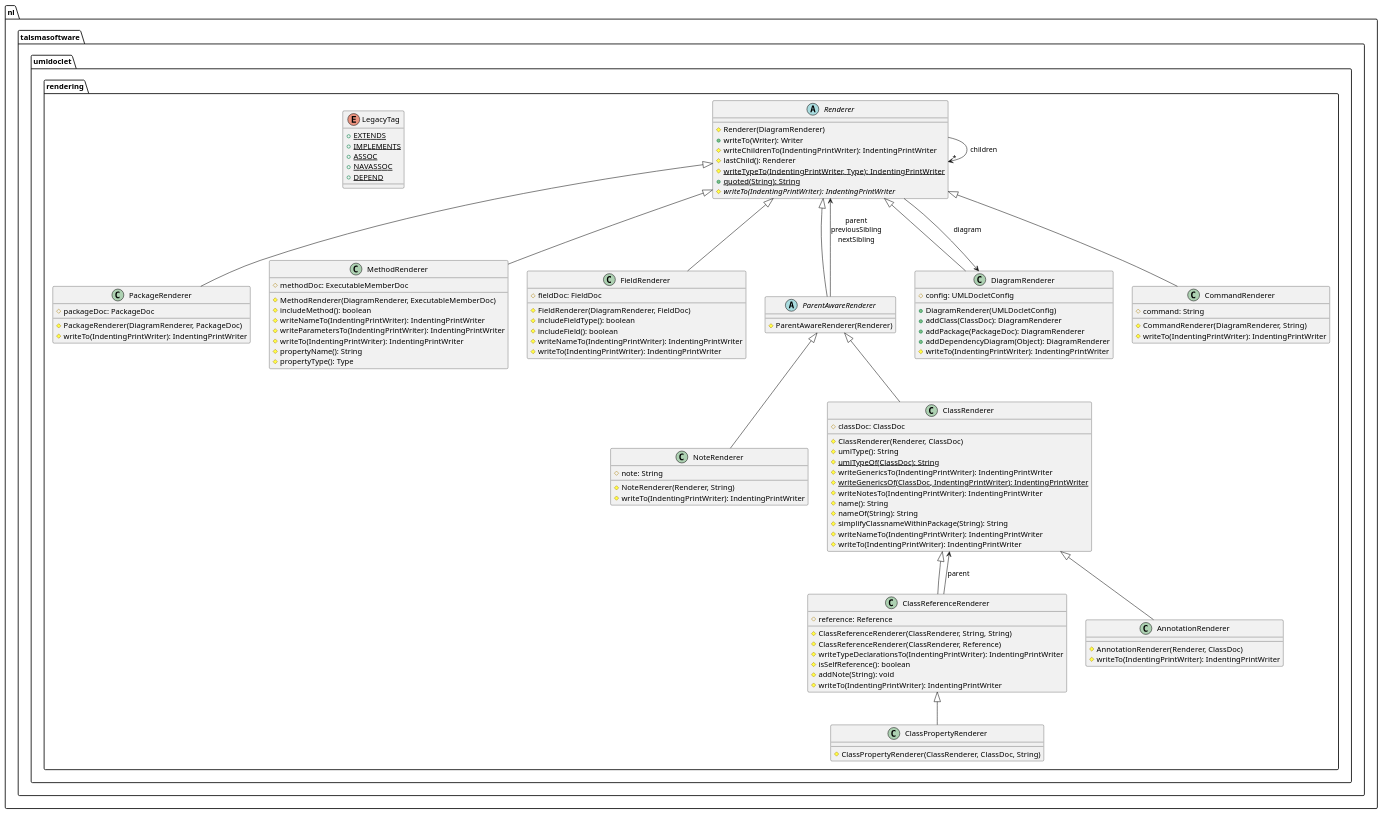
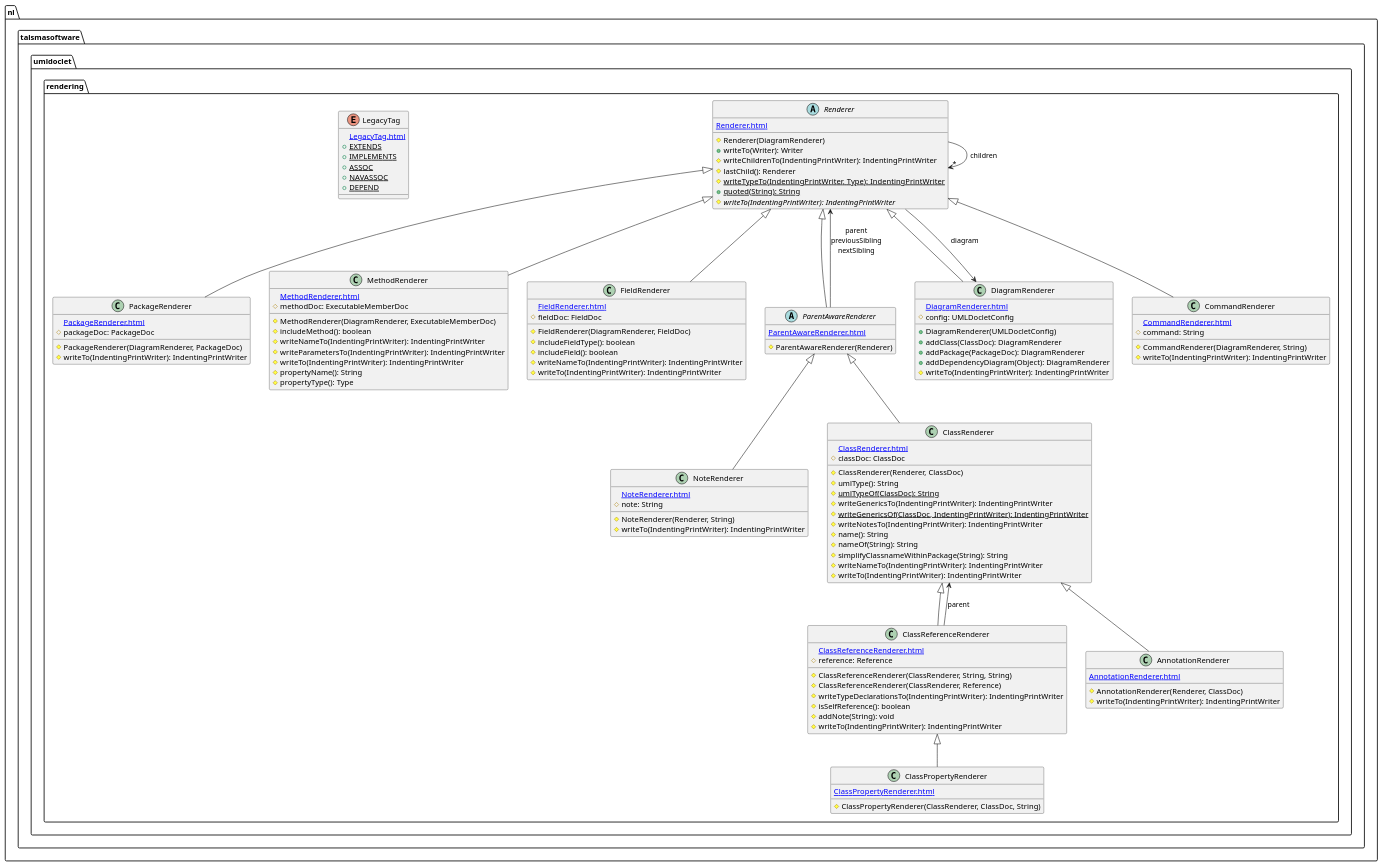
Before and after one commit to talsma-ict/umldoclet: the diagram in example/rendering-package.puml, drawn with PlantUML. The commit also changed 1 other file, not shown here.

```diff
--- a/example/rendering-package.puml
+++ b/example/rendering-package.puml
@@ -1,140 +1,153 @@
 @startuml
 
     namespace nl.talsmasoftware.umldoclet.rendering {
 
         abstract class Renderer {
+            [[Renderer.html]]
             #Renderer(DiagramRenderer)
             +writeTo(Writer): Writer
             #writeChildrenTo(IndentingPrintWriter): IndentingPrintWriter
             #lastChild(): Renderer
             {static} #writeTypeTo(IndentingPrintWriter, Type): IndentingPrintWriter
             {static} +quoted(String): String
             {abstract} #writeTo(IndentingPrintWriter): IndentingPrintWriter
         }
 
         abstract class ParentAwareRenderer {
+            [[ParentAwareRenderer.html]]
             #ParentAwareRenderer(Renderer)
         }
 
         class PackageRenderer {
+            [[PackageRenderer.html]]
             #packageDoc: PackageDoc
             #PackageRenderer(DiagramRenderer, PackageDoc)
             #writeTo(IndentingPrintWriter): IndentingPrintWriter
         }
 
         class NoteRenderer {
+            [[NoteRenderer.html]]
             #note: String
             #NoteRenderer(Renderer, String)
             #writeTo(IndentingPrintWriter): IndentingPrintWriter
         }
 
         class MethodRenderer {
+            [[MethodRenderer.html]]
             #methodDoc: ExecutableMemberDoc
             #MethodRenderer(DiagramRenderer, ExecutableMemberDoc)
             #includeMethod(): boolean
             #writeNameTo(IndentingPrintWriter): IndentingPrintWriter
             #writeParametersTo(IndentingPrintWriter): IndentingPrintWriter
             #writeTo(IndentingPrintWriter): IndentingPrintWriter
             #propertyName(): String
             #propertyType(): Type
         }
 
         enum LegacyTag {
+            [[LegacyTag.html]]
             {static} +EXTENDS
             {static} +IMPLEMENTS
             {static} +ASSOC
             {static} +NAVASSOC
             {static} +DEPEND
         }
 
         class FieldRenderer {
+            [[FieldRenderer.html]]
             #fieldDoc: FieldDoc
             #FieldRenderer(DiagramRenderer, FieldDoc)
             #includeFieldType(): boolean
             #includeField(): boolean
             #writeNameTo(IndentingPrintWriter): IndentingPrintWriter
             #writeTo(IndentingPrintWriter): IndentingPrintWriter
         }
 
         class DiagramRenderer {
+            [[DiagramRenderer.html]]
             #config: UMLDocletConfig
             +DiagramRenderer(UMLDocletConfig)
             +addClass(ClassDoc): DiagramRenderer
             +addPackage(PackageDoc): DiagramRenderer
             +addDependencyDiagram(Object): DiagramRenderer
             #writeTo(IndentingPrintWriter): IndentingPrintWriter
         }
 
         class CommandRenderer {
+            [[CommandRenderer.html]]
             #command: String
             #CommandRenderer(DiagramRenderer, String)
             #writeTo(IndentingPrintWriter): IndentingPrintWriter
         }
 
         class ClassRenderer {
+            [[ClassRenderer.html]]
             #classDoc: ClassDoc
             #ClassRenderer(Renderer, ClassDoc)
             #umlType(): String
             {static} #umlTypeOf(ClassDoc): String
             #writeGenericsTo(IndentingPrintWriter): IndentingPrintWriter
             {static} #writeGenericsOf(ClassDoc, IndentingPrintWriter): IndentingPrintWriter
             #writeNotesTo(IndentingPrintWriter): IndentingPrintWriter
             #name(): String
             #nameOf(String): String
             #simplifyClassnameWithinPackage(String): String
             #writeNameTo(IndentingPrintWriter): IndentingPrintWriter
             #writeTo(IndentingPrintWriter): IndentingPrintWriter
         }
 
         class ClassReferenceRenderer {
+            [[ClassReferenceRenderer.html]]
             #reference: Reference
             #ClassReferenceRenderer(ClassRenderer, String, String)
             #ClassReferenceRenderer(ClassRenderer, Reference)
             #writeTypeDeclarationsTo(IndentingPrintWriter): IndentingPrintWriter
             #isSelfReference(): boolean
             #addNote(String): void
             #writeTo(IndentingPrintWriter): IndentingPrintWriter
         }
 
         class ClassPropertyRenderer {
+            [[ClassPropertyRenderer.html]]
             #ClassPropertyRenderer(ClassRenderer, ClassDoc, String)
         }
 
         class AnnotationRenderer {
+            [[AnnotationRenderer.html]]
             #AnnotationRenderer(Renderer, ClassDoc)
             #writeTo(IndentingPrintWriter): IndentingPrintWriter
         }
 
         Renderer <|-- ParentAwareRenderer
 
         Renderer <|-- PackageRenderer
 
         ParentAwareRenderer <|-- NoteRenderer
 
         Renderer <|-- MethodRenderer
 
         Renderer <|-- FieldRenderer
 
         Renderer <|-- DiagramRenderer
 
         Renderer <|-- CommandRenderer
 
         ParentAwareRenderer <|-- ClassRenderer
 
         ClassRenderer <|-- ClassReferenceRenderer
 
         ClassReferenceRenderer <|-- ClassPropertyRenderer
 
         ClassRenderer <|-- AnnotationRenderer
 
         Renderer --> DiagramRenderer: diagram
 
         Renderer --> "*" Renderer: children
 
         ParentAwareRenderer --> Renderer: parent\npreviousSibling\nnextSibling
 
         ClassReferenceRenderer --> ClassRenderer: parent
 
     }
 
 @enduml
```
